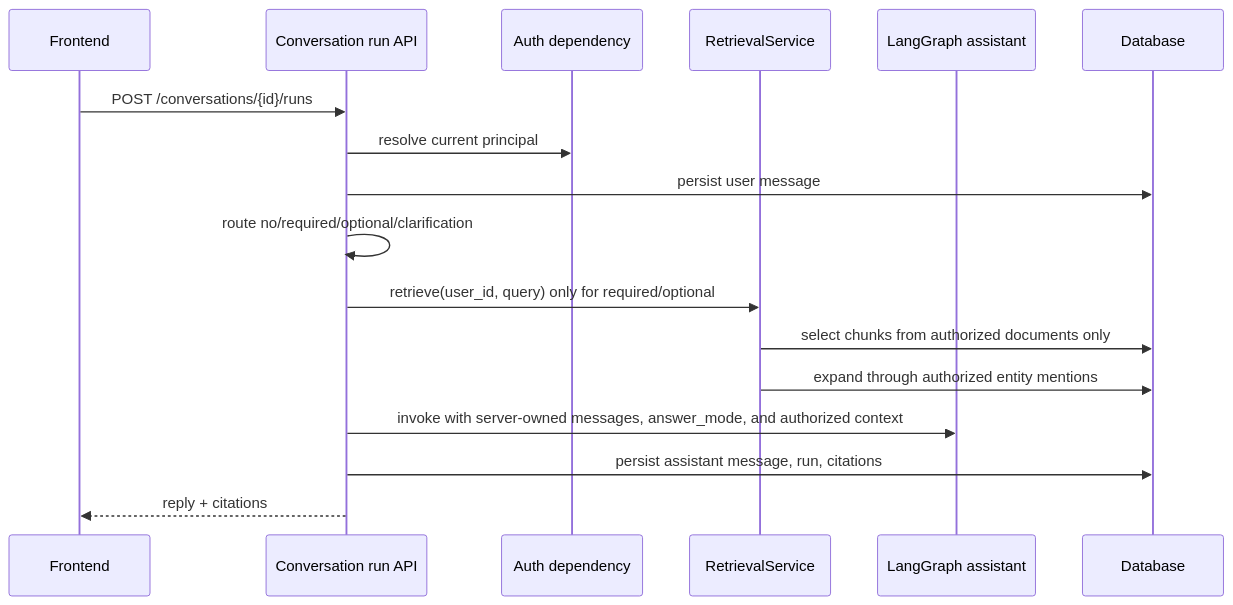
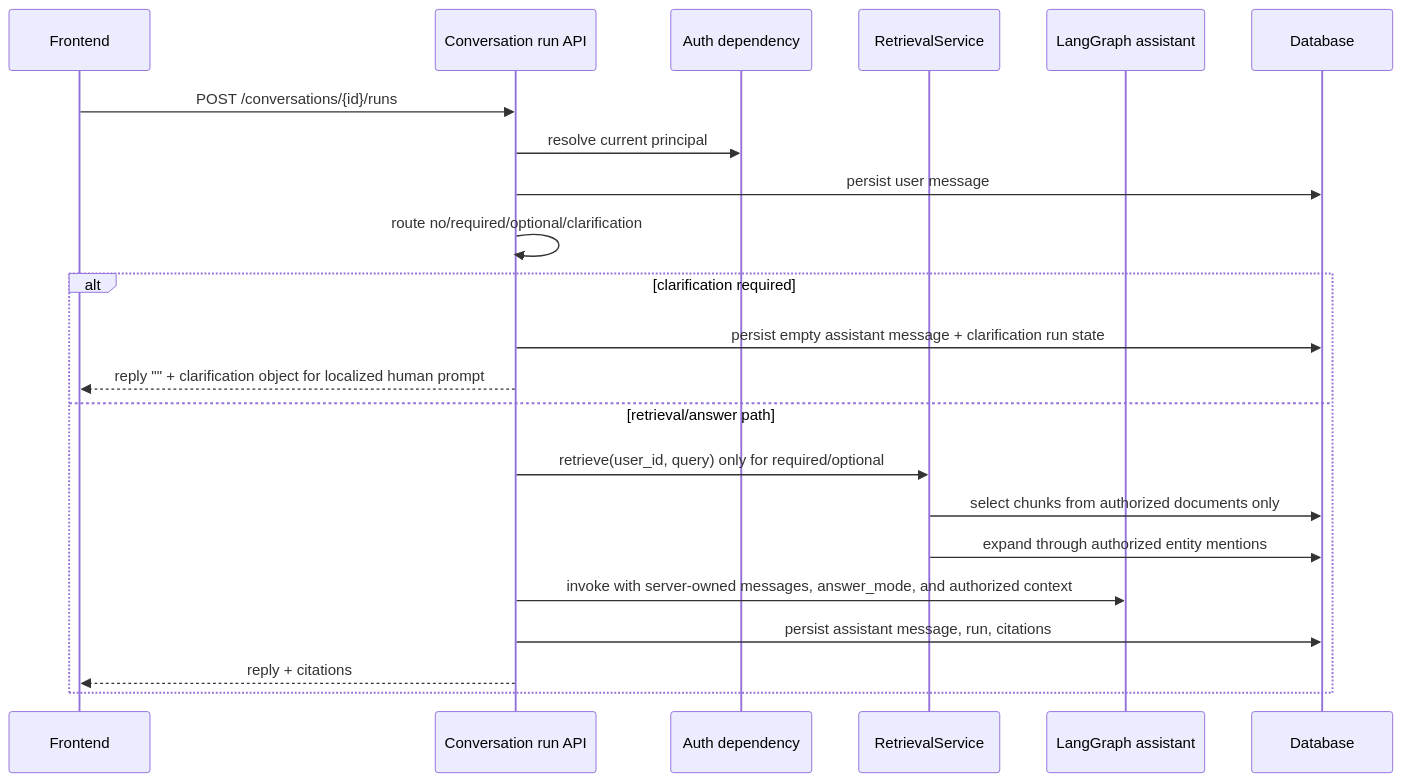
The first of 3 diagrams in docs/portfolio-chat-service/06-permission-aware-rag.md (heecheon92/my-agents), drawn with Mermaid before and after one commit. The commit also changed other lines of this file and 44 other files, not shown here.

````diff
--- a/docs/portfolio-chat-service/06-permission-aware-rag.md
+++ b/docs/portfolio-chat-service/06-permission-aware-rag.md
@@ -40,20 +45,25 @@
 ```mermaid
 sequenceDiagram
     participant UI as Frontend
     participant API as Conversation run API
     participant Auth as Auth dependency
     participant R as RetrievalService
     participant G as LangGraph assistant
     participant DB as Database
 
     UI->>API: POST /conversations/{id}/runs
     API->>Auth: resolve current principal
     API->>DB: persist user message
     API->>API: route no/required/optional/clarification
-    API->>R: retrieve(user_id, query) only for required/optional
-    R->>DB: select chunks from authorized documents only
-    R->>DB: expand through authorized entity mentions
-    API->>G: invoke with server-owned messages, answer_mode, and authorized context
-    API->>DB: persist assistant message, run, citations
-    API-->>UI: reply + citations
+    alt clarification required
+        API->>DB: persist empty assistant message + clarification run state
+        API-->>UI: reply "" + clarification object for localized human prompt
+    else retrieval/answer path
+        API->>R: retrieve(user_id, query) only for required/optional
+        R->>DB: select chunks from authorized documents only
+        R->>DB: expand through authorized entity mentions
+        API->>G: invoke with server-owned messages, answer_mode, and authorized context
+        API->>DB: persist assistant message, run, citations
+        API-->>UI: reply + citations
+    end
 ```
````
